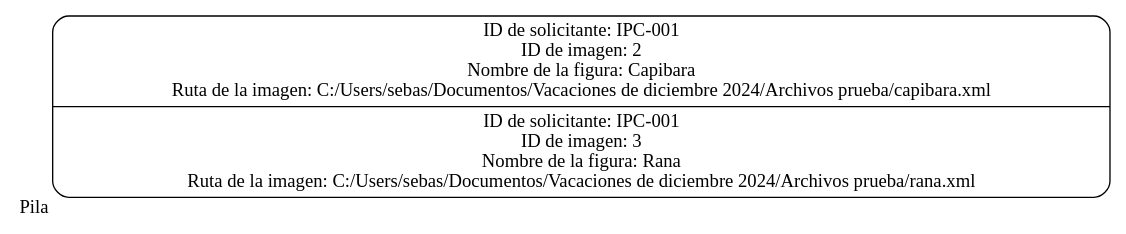
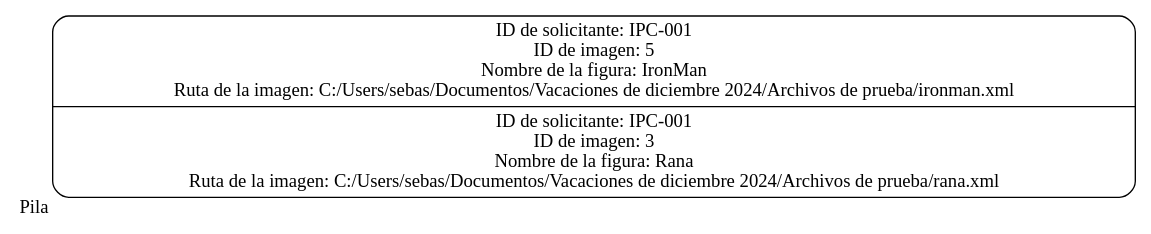
The diagram in Proyecto1/codigosdot/Pila_IPC-001.dot (Sebastian-G-0607/IPC2_ProyectoVD2024_202300694), drawn with Graphviz before and after one commit. The commit also changed 31 other files, not shown here.

```diff
--- a/Proyecto1/codigosdot/Pila_IPC-001.dot
+++ b/Proyecto1/codigosdot/Pila_IPC-001.dot
@@ -1,5 +1,5 @@
 digraph G {
     rankdir=LR;
     node[shape=Mrecord];
-    Pila[xlabel="Pila" label="ID de solicitante: IPC-001\nID de imagen: 2\nNombre de la figura: Capibara\nRuta de la imagen: C:/Users/sebas/Documentos/Vacaciones de diciembre 2024/Archivos prueba/capibara.xml\n|ID de solicitante: IPC-001\nID de imagen: 3\nNombre de la figura: Rana\nRuta de la imagen: C:/Users/sebas/Documentos/Vacaciones de diciembre 2024/Archivos prueba/rana.xml\n"];
+    Pila[xlabel="Pila" label="ID de solicitante: IPC-001\nID de imagen: 5\nNombre de la figura: IronMan\nRuta de la imagen: C:/Users/sebas/Documentos/Vacaciones de diciembre 2024/Archivos de prueba/ironman.xml\n|ID de solicitante: IPC-001\nID de imagen: 3\nNombre de la figura: Rana\nRuta de la imagen: C:/Users/sebas/Documentos/Vacaciones de diciembre 2024/Archivos de prueba/rana.xml\n"];
 }
```
